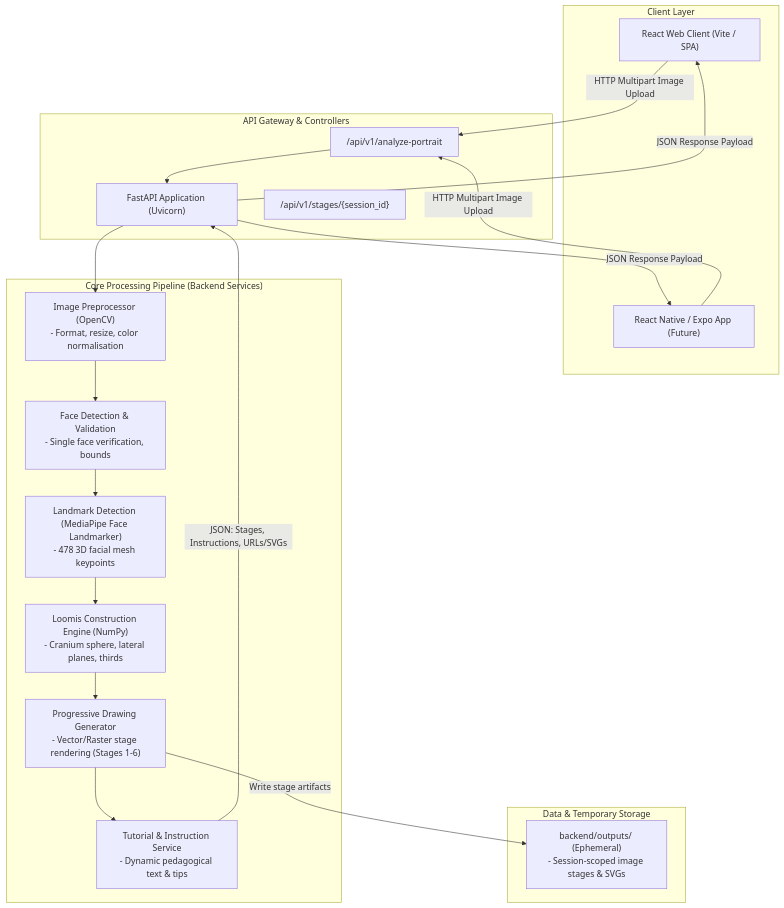
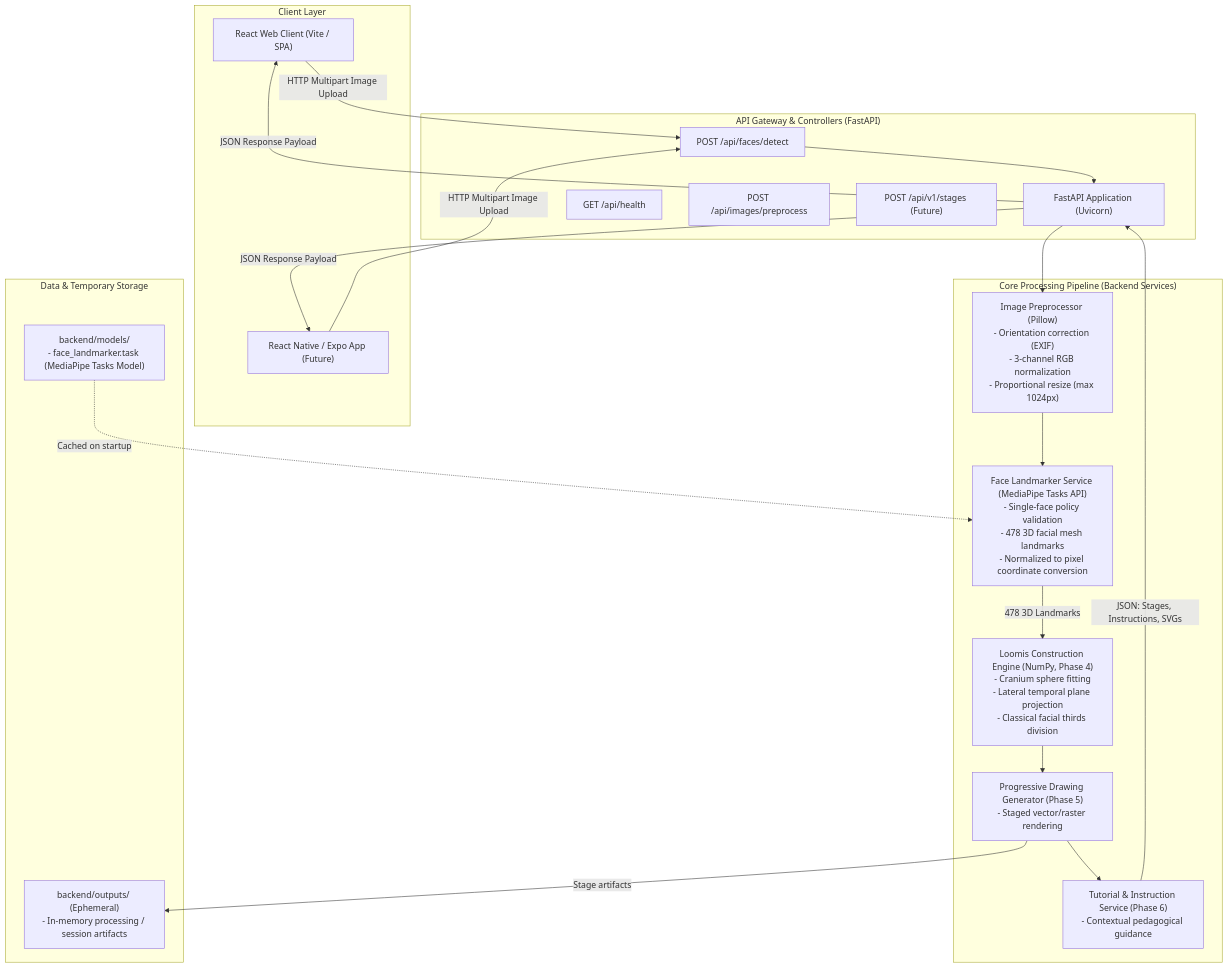
The diagram in docs/architecture.md (shivani149-hub/loomis-ai), drawn with Mermaid before and after one commit. The commit also changed other lines of this file and 12 other files, not shown here.

Commit message:
Complete Phase 2 face detection and landmark extraction

````diff
--- a/docs/architecture.md
+++ b/docs/architecture.md
@@ -11,40 +11,42 @@
 ```mermaid
 flowchart TD
     subgraph ClientLayer["Client Layer"]
         WebClient["React Web Client (Vite / SPA)"]
         MobileClient["React Native / Expo App (Future)"]
     end
 
-    subgraph APILayer["API Gateway & Controllers"]
+    subgraph APILayer["API Gateway & Controllers (FastAPI)"]
         FastAPIServer["FastAPI Application (Uvicorn)"]
-        UploadEndpoint["/api/v1/analyze-portrait"]
-        StagesEndpoint["/api/v1/stages/{session_id}"]
+        HealthEndpoint["GET /api/health"]
+        PreprocessEndpoint["POST /api/images/preprocess"]
+        FaceDetectEndpoint["POST /api/faces/detect"]
+        StagesEndpoint["POST /api/v1/stages (Future)"]
     end
 
     subgraph CoreEngine["Core Processing Pipeline (Backend Services)"]
-        PreprocessService["Image Preprocessor (OpenCV)\n- Format, resize, color normalisation"]
-        FaceDetector["Face Detection & Validation\n- Single face verification, bounds"]
-        LandmarkService["Landmark Detection (MediaPipe Face Landmarker)\n- 478 3D facial mesh keypoints"]
-        LoomisEngine["Loomis Construction Engine (NumPy)\n- Cranium sphere, lateral planes, thirds"]
-        DrawingGenerator["Progressive Drawing Generator\n- Vector/Raster stage rendering (Stages 1-6)"]
-        TutorialEngine["Tutorial & Instruction Service\n- Dynamic pedagogical text & tips"]
+        PreprocessService["Image Preprocessor (Pillow)\n- Orientation correction (EXIF)\n- 3-channel RGB normalization\n- Proportional resize (max 1024px)"]
+        FaceDetector["Face Landmarker Service (MediaPipe Tasks API)\n- Single-face policy validation\n- 478 3D facial mesh landmarks\n- Normalized to pixel coordinate conversion"]
+        LoomisEngine["Loomis Construction Engine (NumPy, Phase 4)\n- Cranium sphere fitting\n- Lateral temporal plane projection\n- Classical facial thirds division"]
+        DrawingGenerator["Progressive Drawing Generator (Phase 5)\n- Staged vector/raster rendering"]
+        TutorialEngine["Tutorial & Instruction Service (Phase 6)\n- Contextual pedagogical guidance"]
     end
 
     subgraph StorageLayer["Data & Temporary Storage"]
-        EphemeralOutputs["backend/outputs/ (Ephemeral)\n- Session-scoped image stages & SVGs"]
+        ModelStorage["backend/models/\n- face_landmarker.task (MediaPipe Tasks Model)"]
+        EphemeralOutputs["backend/outputs/ (Ephemeral)\n- In-memory processing / session artifacts"]
     end
 
-    WebClient -->|HTTP Multipart Image Upload| UploadEndpoint
-    MobileClient -->|HTTP Multipart Image Upload| UploadEndpoint
-    UploadEndpoint --> FastAPIServer
+    WebClient -->|HTTP Multipart Image Upload| FaceDetectEndpoint
+    MobileClient -->|HTTP Multipart Image Upload| FaceDetectEndpoint
+    FaceDetectEndpoint --> FastAPIServer
     FastAPIServer --> PreprocessService
     PreprocessService --> FaceDetector
-    FaceDetector --> LandmarkService
-    LandmarkService --> LoomisEngine
+    ModelStorage -.->|Cached on startup| FaceDetector
+    FaceDetector -->|478 3D Landmarks| LoomisEngine
     LoomisEngine --> DrawingGenerator
     DrawingGenerator --> TutorialEngine
-    DrawingGenerator -->|Write stage artifacts| EphemeralOutputs
-    TutorialEngine -->|JSON: Stages, Instructions, URLs/SVGs| FastAPIServer
+    DrawingGenerator -->|Stage artifacts| EphemeralOutputs
+    TutorialEngine -->|JSON: Stages, Instructions, SVGs| FastAPIServer
     FastAPIServer -->|JSON Response Payload| WebClient
     FastAPIServer -->|JSON Response Payload| MobileClient
 ```
````
